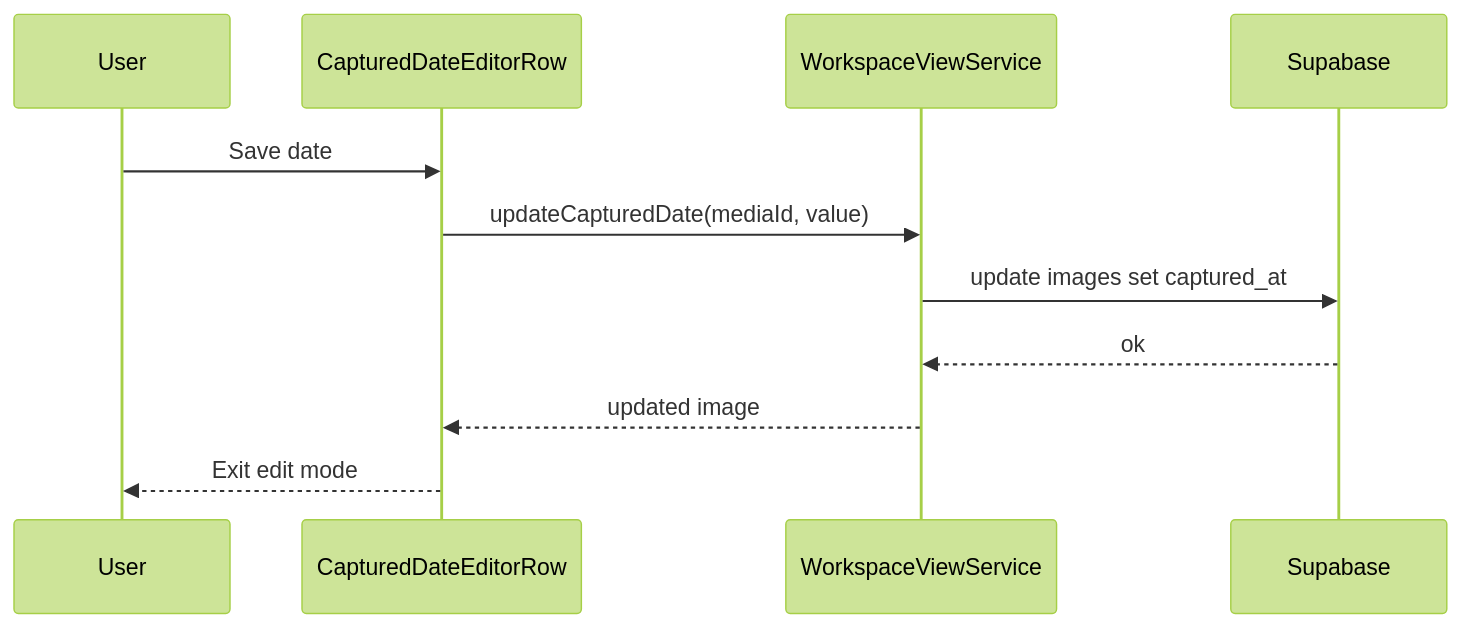
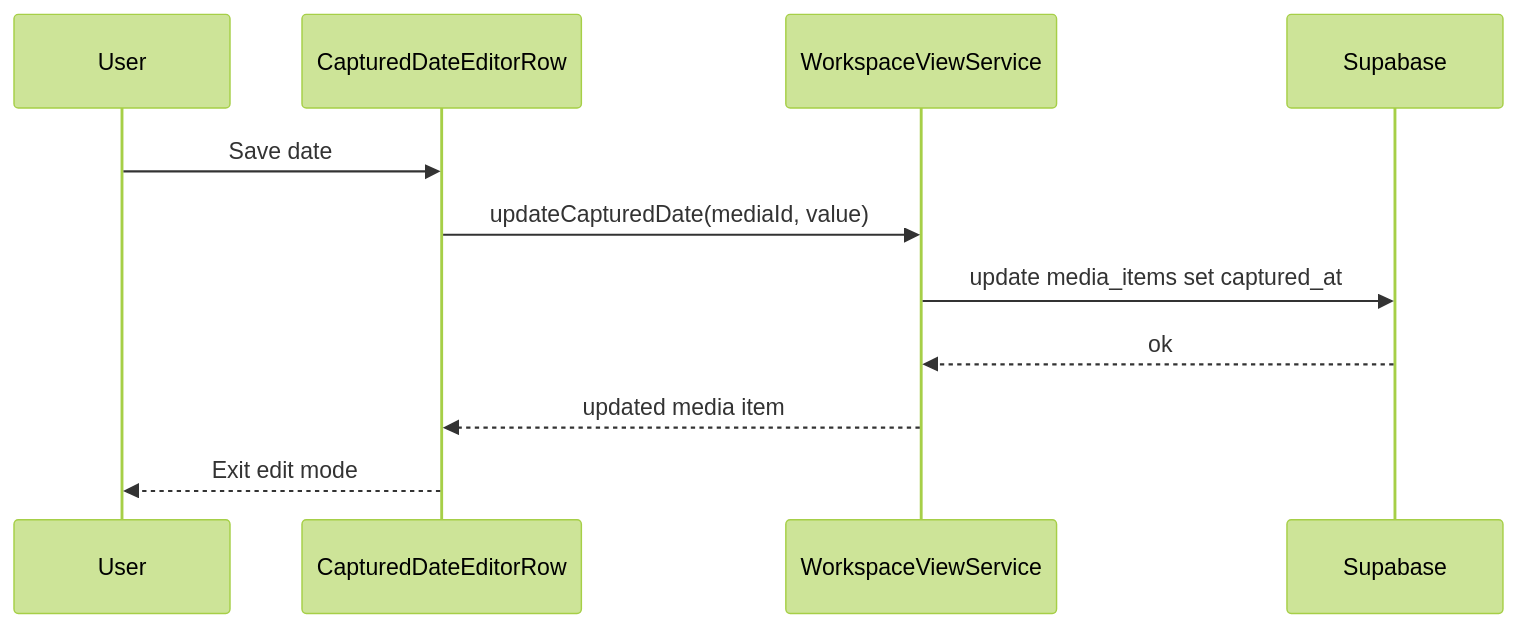
The second of 2 diagrams in docs/specs/component/captured-date-editor.md (matkleve/feldpost), drawn with Mermaid (forest theme) before and after one commit. The commit also changed other lines of this file and 26 other files, not shown here.

First line of the commit message:
refactor: update terminology from 'images' to 'media items' across documentation

````diff
--- a/docs/specs/component/captured-date-editor.md
+++ b/docs/specs/component/captured-date-editor.md
@@ -72,14 +72,14 @@
 ```mermaid
 sequenceDiagram
 	participant U as User
 	participant C as CapturedDateEditorRow
 	participant W as WorkspaceViewService
 	participant D as Supabase
 
 	U->>C: Save date
 	C->>W: updateCapturedDate(mediaId, value)
-	W->>D: update images set captured_at
+	W->>D: update media_items set captured_at
 	D-->>W: ok
-	W-->>C: updated image
+	W-->>C: updated media item
 	C-->>U: Exit edit mode
 ```
````
